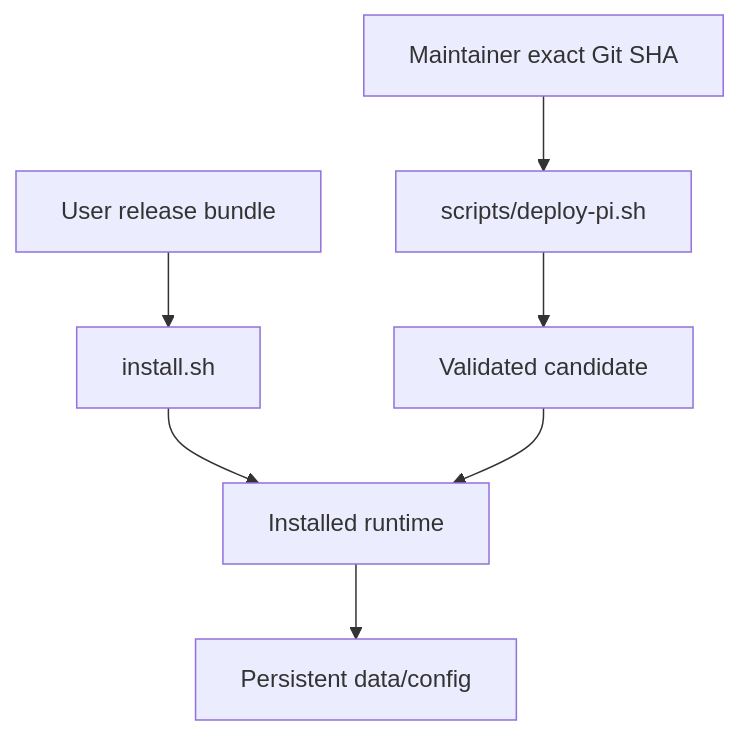
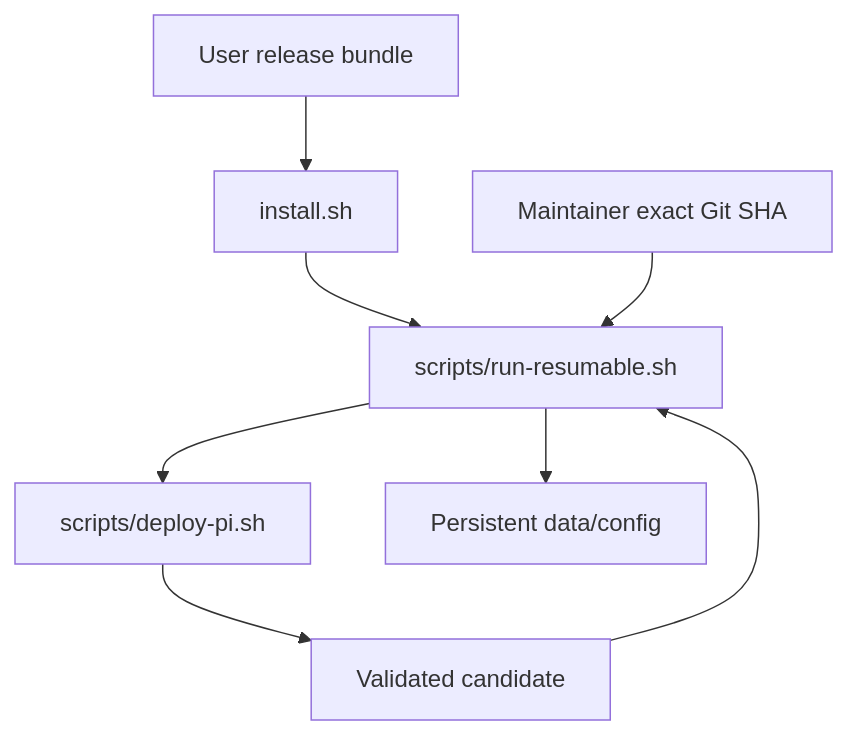
One commit to yorologo/Local-miniMCP changed the third of 3 diagrams in docs/architecture.md. Above: the diagram before and after it, drawn with Mermaid. The commit also changed 31 other files, not shown here.

````diff
--- a/docs/architecture.md
+++ b/docs/architecture.md
@@ -99,9 +99,9 @@
 ```mermaid
 flowchart TD
     U[User release bundle] --> I[install.sh]
     I --> R[Installed runtime]
-    M[Maintainer exact Git SHA] --> D[scripts/deploy-pi.sh]
+    M[Maintainer exact Git SHA] --> R[scripts/run-resumable.sh] --> D[scripts/deploy-pi.sh]
     D --> C[Validated candidate]
     C --> R
     R --> P[Persistent data/config]
 ```
````
